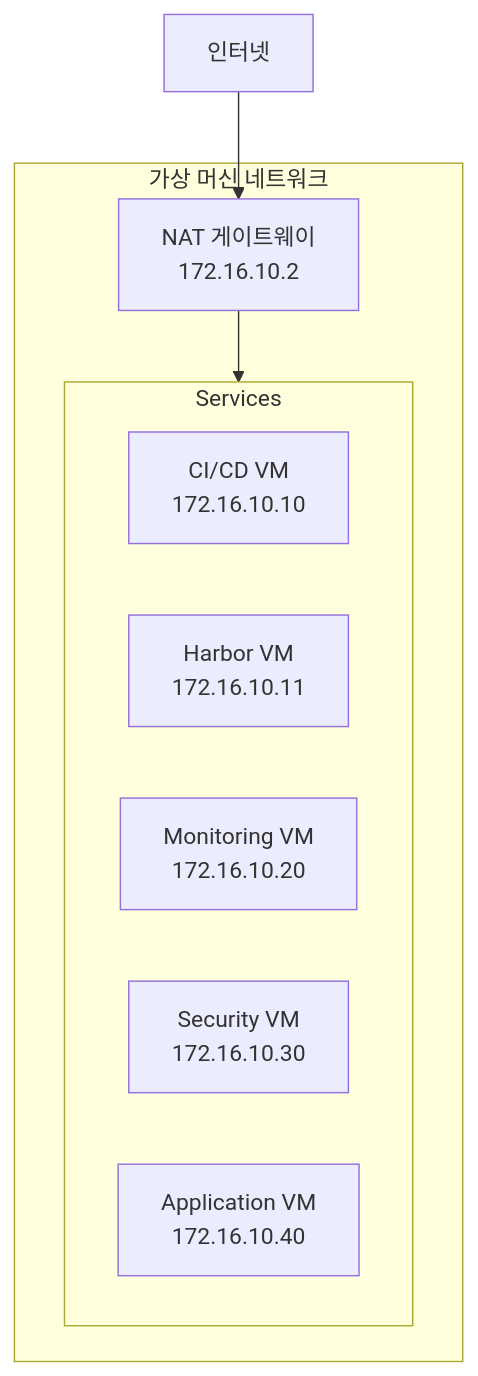
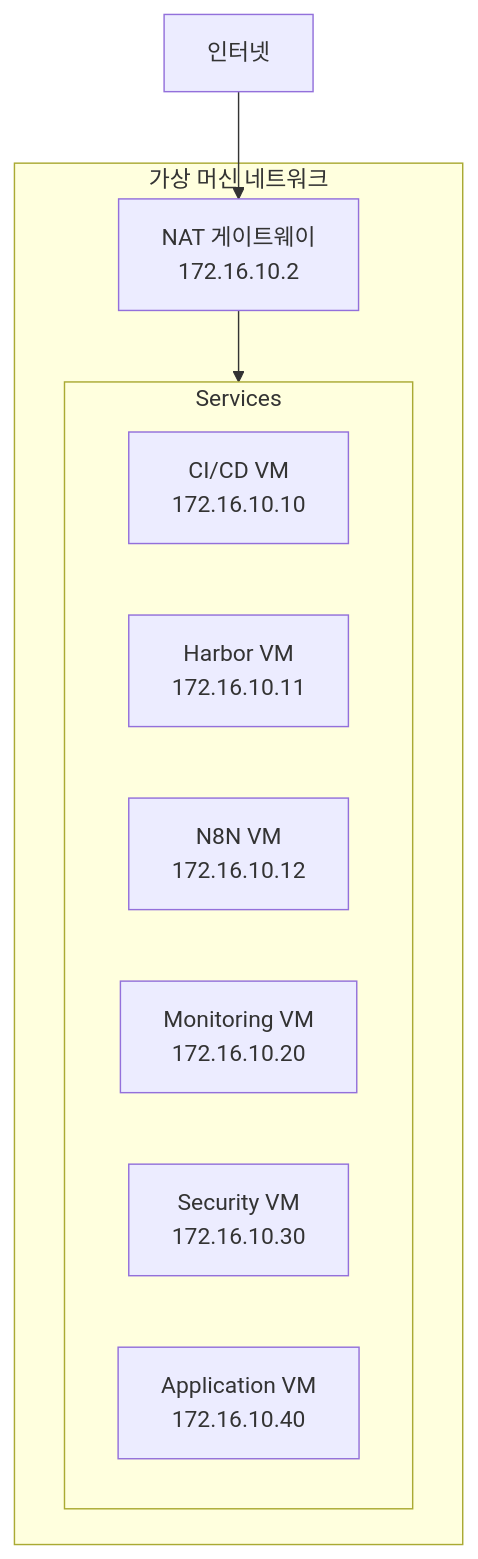
The first of 2 diagrams in 시스텝 구성도.md (cnf-kunkin/docker-compose), drawn with Mermaid before and after one commit. The commit also changed other lines of this file and 6 other files, not shown here.

````diff
--- a/시스텝 구성도.md
+++ b/시스텝 구성도.md
@@ -27,16 +27,17 @@
 ```mermaid
 graph TB
     Internet["인터넷"] --> Gateway["NAT 게이트웨이<br>172.16.10.2"]
     
     subgraph VMs["가상 머신 네트워크"]
         Gateway --> Services["서비스 VM들"]
         
         subgraph Services
             CICD["CI/CD VM<br>172.16.10.10"]
             HARBOR["Harbor VM<br>172.16.10.11"]
+            N8N["N8N VM<br>172.16.10.12"]
             MON["Monitoring VM<br>172.16.10.20"]
             SEC["Security VM<br>172.16.10.30"]
             APP["Application VM<br>172.16.10.40"]
         end
     end
 ```
````
